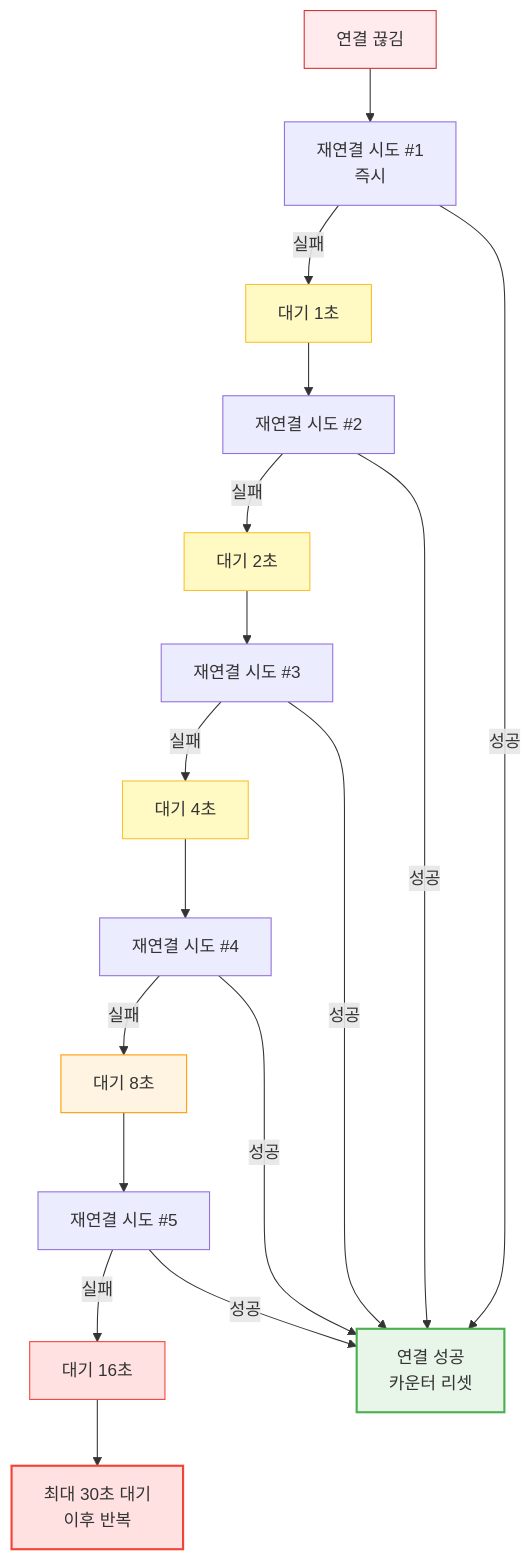
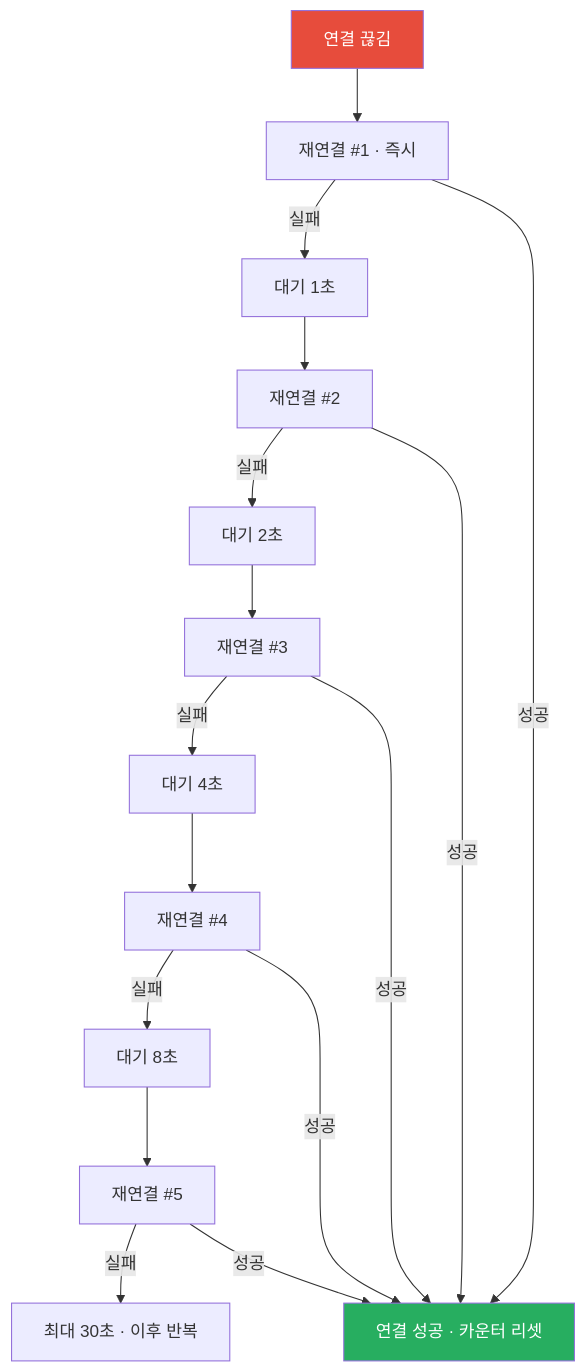
Before and after one commit to 1985jwlee/production-iot-backend: the second of 7 diagrams in TECHNICAL_CHALLENGES.md, drawn with Mermaid. The commit also changed other lines of this file, not shown here.

````diff
--- a/TECHNICAL_CHALLENGES.md
+++ b/TECHNICAL_CHALLENGES.md
@@ -121,29 +101,17 @@
 ```mermaid
 graph TB
-    START[연결 끊김] --> TRY1[재연결 시도 #1<br/>즉시]
-    TRY1 -->|실패| WAIT1[대기 1초]
-    WAIT1 --> TRY2[재연결 시도 #2]
-    TRY2 -->|실패| WAIT2[대기 2초]
-    WAIT2 --> TRY3[재연결 시도 #3]
-    TRY3 -->|실패| WAIT3[대기 4초]
-    WAIT3 --> TRY4[재연결 시도 #4]
-    TRY4 -->|실패| WAIT4[대기 8초]
-    WAIT4 --> TRY5[재연결 시도 #5]
-    TRY5 -->|실패| WAIT5[대기 16초]
-    WAIT5 --> MAX[최대 30초 대기<br/>이후 반복]
-    
-    TRY1 -->|성공| SUCCESS[연결 성공<br/>카운터 리셋]
-    TRY2 -->|성공| SUCCESS
-    TRY3 -->|성공| SUCCESS
-    TRY4 -->|성공| SUCCESS
-    TRY5 -->|성공| SUCCESS
-    
-    style START fill:#ffebee,stroke:#d32f2f
-    style SUCCESS fill:#e8f5e9,stroke:#4caf50,stroke-width:2px
-    style WAIT1 fill:#fff9c4,stroke:#fbc02d
-    style WAIT2 fill:#fff9c4,stroke:#fbc02d
-    style WAIT3 fill:#fff9c4,stroke:#fbc02d
-    style WAIT4 fill:#fff4e1,stroke:#ff9800
-    style WAIT5 fill:#ffe1e1,stroke:#f44336
-    style MAX fill:#ffe1e1,stroke:#f44336,stroke-width:2px
+    START[연결 끊김] --> TRY1[재연결 #1 · 즉시]
+    TRY1 -->|실패| W1[대기 1초]
+    W1 --> TRY2[재연결 #2]
+    TRY2 -->|실패| W2[대기 2초]
+    W2 --> TRY3[재연결 #3]
+    TRY3 -->|실패| W3[대기 4초]
+    W3 --> TRY4[재연결 #4]
+    TRY4 -->|실패| W4[대기 8초]
+    W4 --> TRY5[재연결 #5]
+    TRY5 -->|실패| MAX[최대 30초 · 이후 반복]
+    TRY1 & TRY2 & TRY3 & TRY4 & TRY5 -->|성공| OK[연결 성공 · 카운터 리셋]
+
+    style OK fill:#27ae60,color:#fff
+    style START fill:#e74c3c,color:#fff
 ```
````
